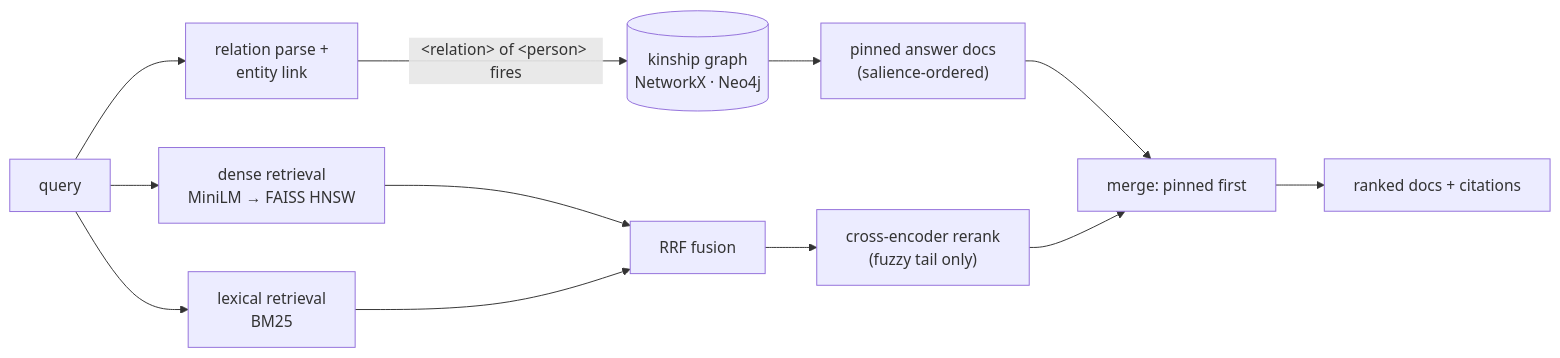
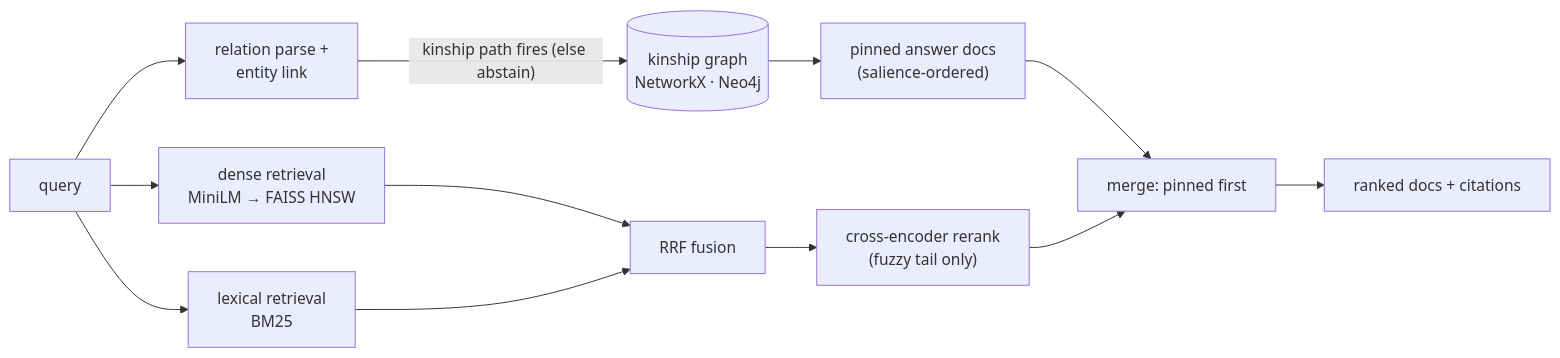
Before and after one commit to axiom-orion/genealogy-graphrag: the diagram in README.md, drawn with Mermaid. The commit also changed other lines of this file and 4 other files, not shown here.

First line of the commit message:
fix(kinship): resolve possessives, chains and synonyms; abstain when unsure

````diff
--- a/README.md
+++ b/README.md
@@ -44,14 +44,14 @@
 ```mermaid
 flowchart LR
   Q["query"] --> RP["relation parse +<br/>entity link"]
   Q --> V["dense retrieval<br/>MiniLM → FAISS HNSW"]
   Q --> B["lexical retrieval<br/>BM25"]
   V --> F["RRF fusion"]
   B --> F
-  RP -->|"&lt;relation&gt; of &lt;person&gt; fires"| KG[("kinship graph<br/>NetworkX · Neo4j")]
+  RP -->|"kinship path fires (else abstain)"| KG[("kinship graph<br/>NetworkX · Neo4j")]
   KG --> PIN["pinned answer docs<br/>(salience-ordered)"]
   F --> RR["cross-encoder rerank<br/>(fuzzy tail only)"]
   PIN --> MERGE["merge: pinned first"]
   RR --> MERGE
   MERGE --> OUT["ranked docs + citations"]
 ```
````
